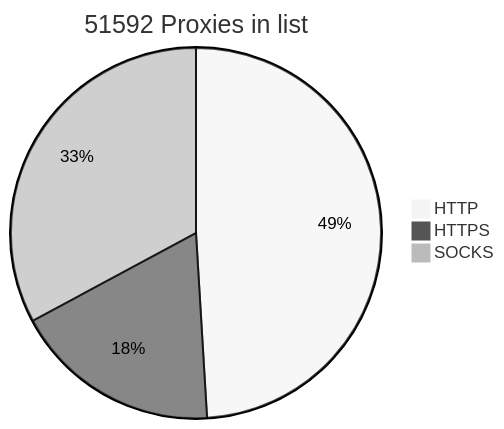
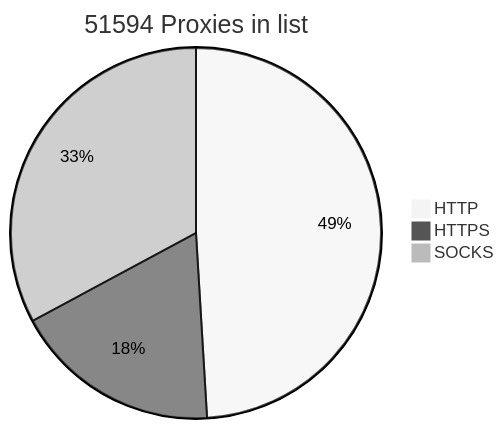
Before and after one commit to BlackSnowDot/proxylist-update-every-minute: the diagram in README.md, drawn with Mermaid (neutral theme).

````diff
--- a/README.md
+++ b/README.md
@@ -2,6 +2,6 @@
 ```mermaid
-pie title 51592 Proxies in list
-    "HTTP" : 28494
+pie title 51594 Proxies in list
+    "HTTP" : 28496
     "HTTPS": 10520
-    "SOCKS" : 19081
+    "SOCKS" : 19082
 ```
````
